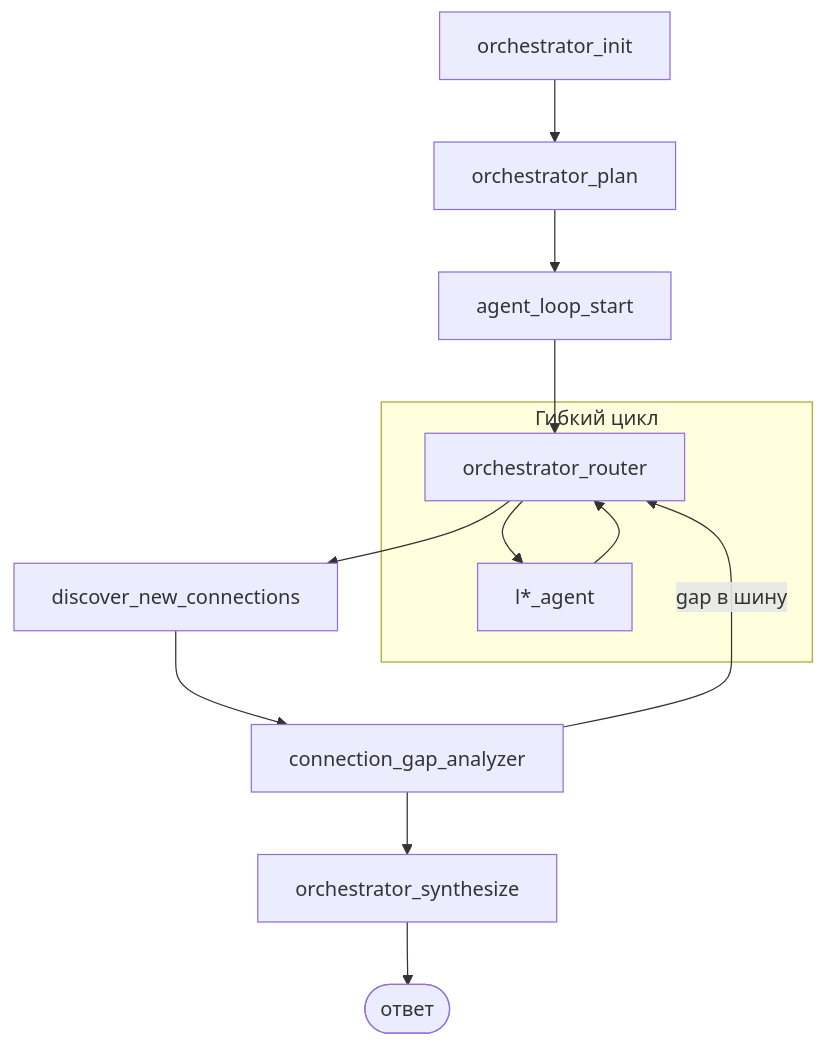
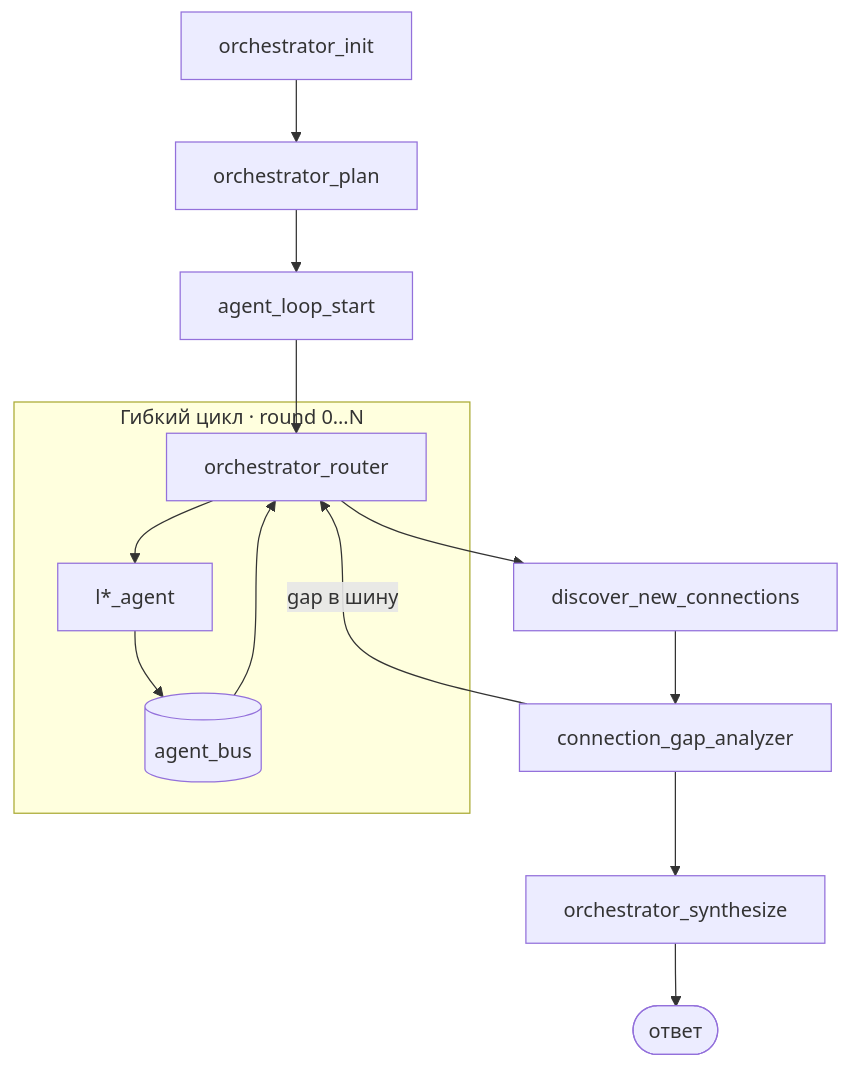
One commit to Pesimistixxx/NrnklKlubok changed the diagram in services/gateway/app/static/docs/orchestrator.md. Above: the diagram before and after it, drawn with Mermaid. The commit also changed other lines of this file and 50 other files, not shown here.

````diff
--- a/services/gateway/app/static/docs/orchestrator.md
+++ b/services/gateway/app/static/docs/orchestrator.md
@@ -12,17 +12,18 @@
 ```mermaid
 flowchart TB
   INIT[orchestrator_init] --> PLAN[orchestrator_plan]
   PLAN --> LOOP[agent_loop_start]
   LOOP --> ROUTER[orchestrator_router]
 
-  subgraph FLEX ["Гибкий цикл"]
+  subgraph FLEX ["Гибкий цикл · round 0…N"]
     ROUTER --> Lx[l*_agent]
-    Lx --> ROUTER
+    Lx --> BUS[(agent_bus)]
+    BUS --> ROUTER
   end
 
   ROUTER --> DISC[discover_new_connections]
   DISC --> GAP[connection_gap_analyzer]
   GAP -->|gap в шину| ROUTER
   GAP --> SYN[orchestrator_synthesize]
   SYN --> END([ответ])
 ```
````
